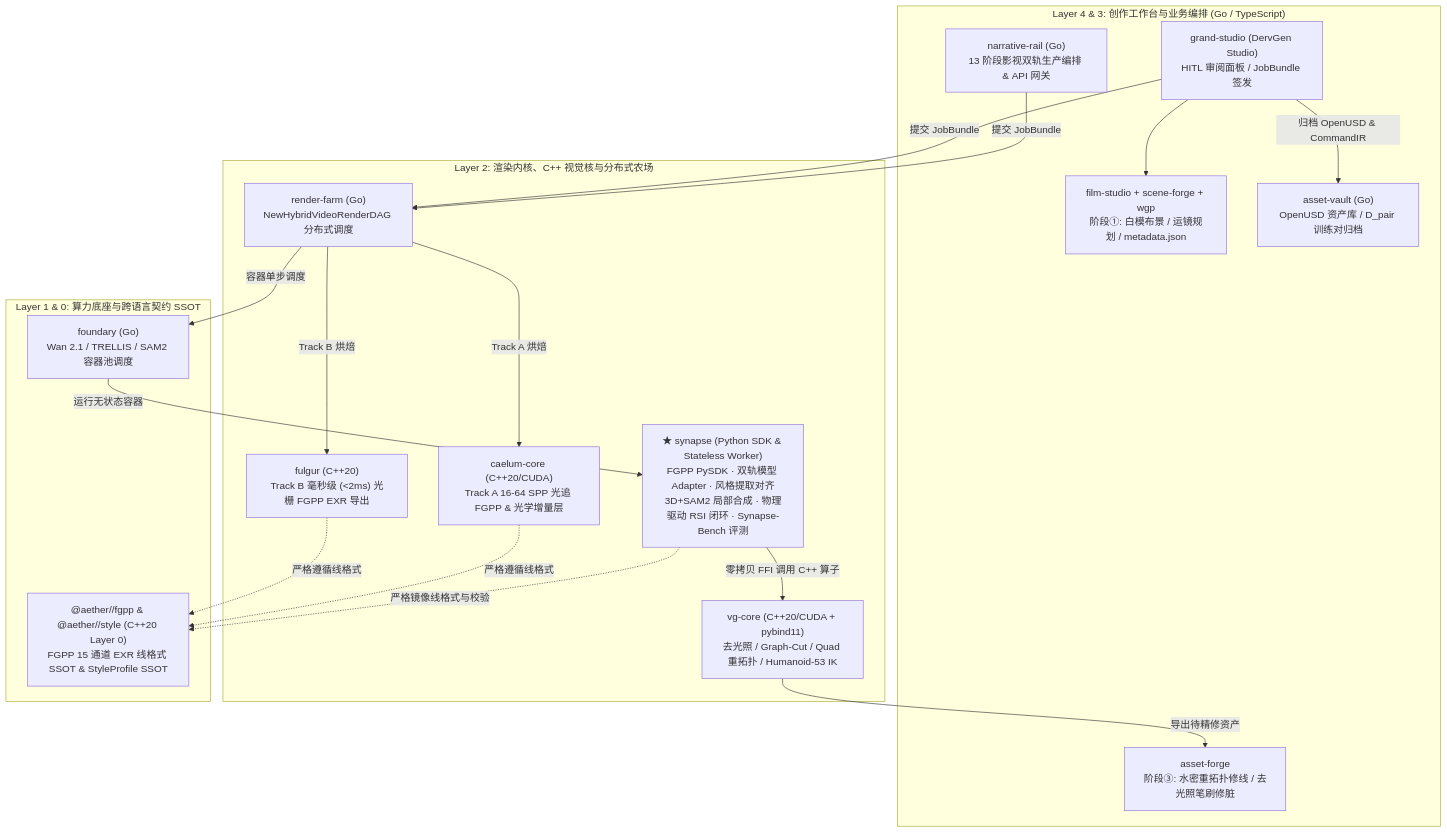
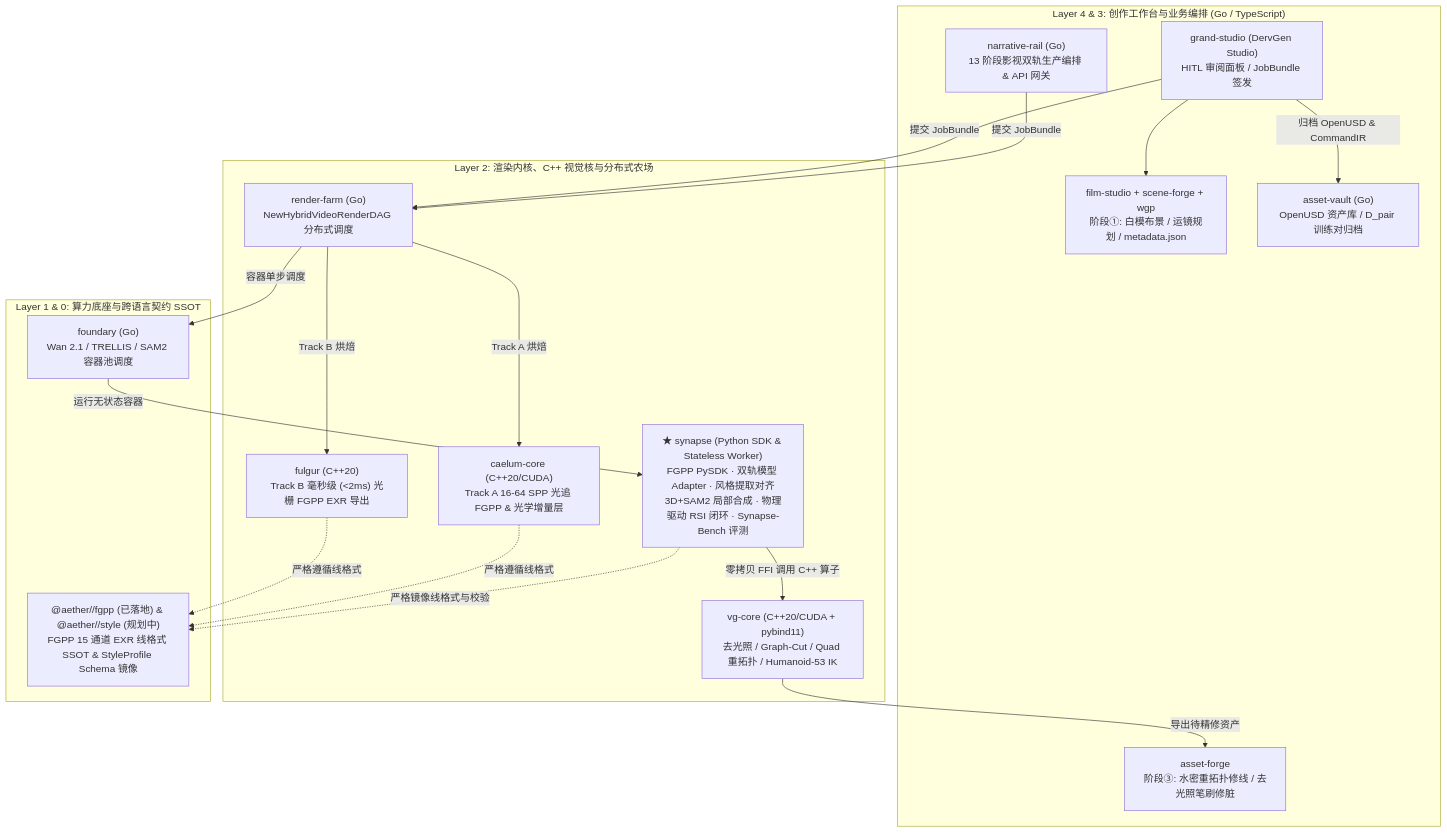
Before and after one commit to sautille-stroke/synapse: the diagram in docs/AUDIT_AND_ARCHITECTURE.md, drawn with Mermaid. The commit also changed other lines of this file and 7 other files, not shown here.

Commit message:
docs(skills): align skills, colab specs, architecture docs, and AGENTS SSOT [opus4.6] (#128)

````diff
--- a/docs/AUDIT_AND_ARCHITECTURE.md
+++ b/docs/AUDIT_AND_ARCHITECTURE.md
@@ -58,37 +58,37 @@
 ```mermaid
 flowchart TD
     subgraph L4_L3 ["Layer 4 & 3: 创作工作台与业务编排 (Go / TypeScript)"]
         GS["grand-studio (DervGen Studio)<br/>HITL 审阅面板 / JobBundle 签发"]
         FS_SF["film-studio + scene-forge + wgp<br/>阶段①: 白模布景 / 运镜规划 / metadata.json"]
         AF["asset-forge<br/>阶段③: 水密重拓扑修线 / 去光照笔刷修脏"]
         NR["narrative-rail (Go)<br/>13 阶段影视双轨生产编排 & API 网关"]
         AV["asset-vault (Go)<br/>OpenUSD 资产库 / D_pair 训练对归档"]
     end
 
     subgraph L2_Compute ["Layer 2: 渲染内核、C++ 视觉核与分布式农场"]
         RF["render-farm (Go)<br/>NewHybridVideoRenderDAG 分布式调度"]
         FUL["fulgur (C++20)<br/>Track B 毫秒级 (<2ms) 光栅 FGPP EXR 导出"]
         CC["caelum-core (C++20/CUDA)<br/>Track A 16-64 SPP 光追 FGPP & 光学增量层"]
         VG["vg-core (C++20/CUDA + pybind11)<br/>去光照 / Graph-Cut / Quad 重拓扑 / Humanoid-53 IK"]
         SYN["★ synapse (Python SDK & Stateless Worker)<br/>FGPP PySDK · 双轨模型 Adapter · 风格提取对齐<br/>3D+SAM2 局部合成 · 物理驱动 RSI 闭环 · Synapse-Bench 评测"]
     end
 
     subgraph L1_L0 ["Layer 1 & 0: 算力底座与跨语言契约 SSOT"]
         FD["foundary (Go)<br/>Wan 2.1 / TRELLIS / SAM2 容器池调度"]
-        AE["@aether//fgpp & @aether//style (C++20 Layer 0)<br/>FGPP 15 通道 EXR 线格式 SSOT & StyleProfile SSOT"]
+        AE["@aether//fgpp (已落地) & @aether//style (规划中)<br/>FGPP 15 通道 EXR 线格式 SSOT & StyleProfile Schema 镜像"]
     end
 
     GS --> FS_SF
     GS -->|"提交 JobBundle"| RF
     NR -->|"提交 JobBundle"| RF
     RF -->|"Track B 烘焙"| FUL
     RF -->|"Track A 烘焙"| CC
     RF -->|"容器单步调度"| FD
     FD -->|"运行无状态容器"| SYN
     SYN -->|"零拷贝 FFI 调用 C++ 算子"| VG
     VG -->|"导出待精修资产"| AF
     FUL -.->|"严格遵循线格式"| AE
     CC -.->|"严格遵循线格式"| AE
     SYN -.->|"严格镜像线格式与校验"| AE
     GS -->|"归档 OpenUSD & CommandIR"| AV
 ```
````
